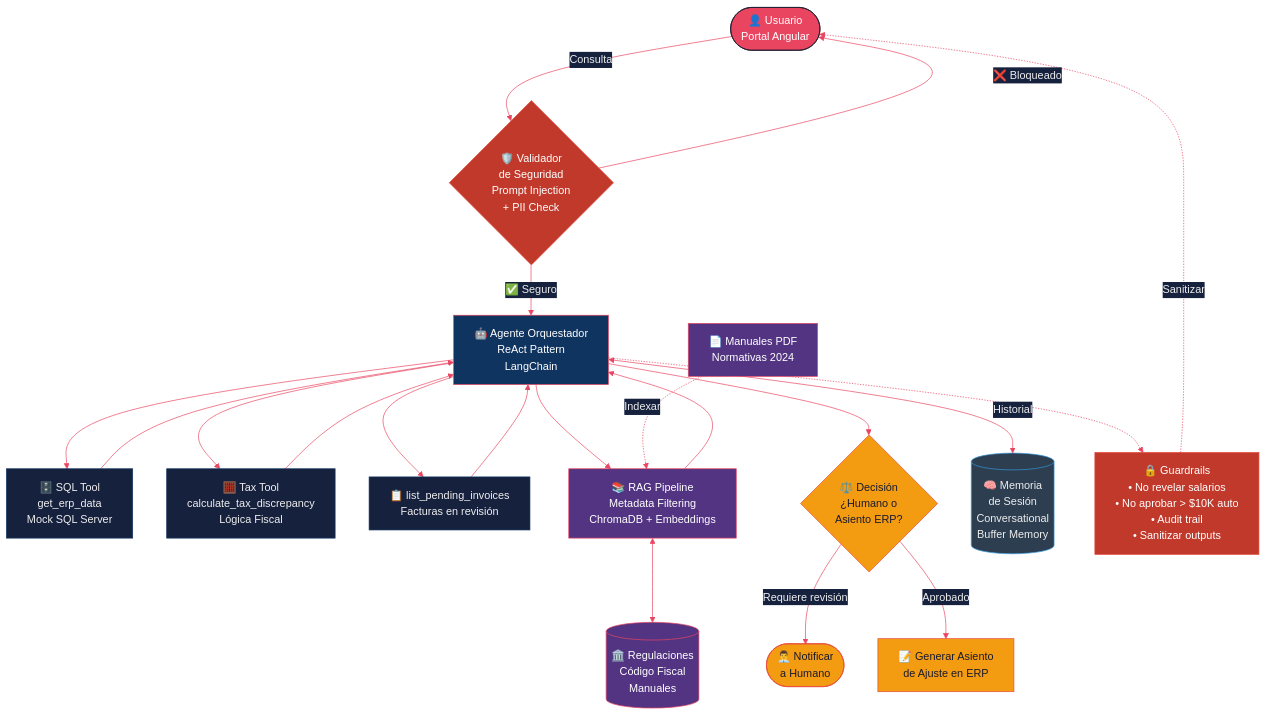
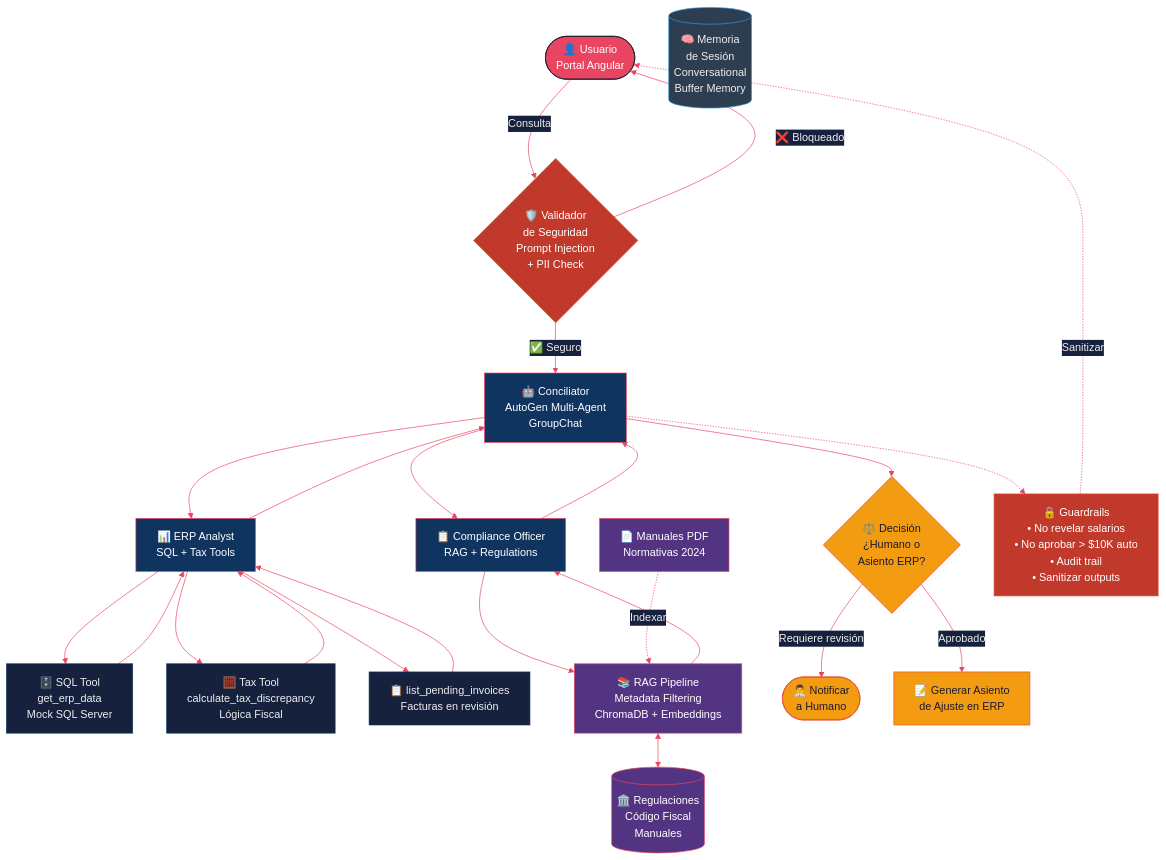
One commit to pxlcrtiv/castor-ai-senior-backend changed the diagram in docs/diagrams/architecture.mmd. Above: the diagram before and after it, drawn with Mermaid. The commit also changed 6 other files, not shown here.

First line of the commit message:
fix: update diagram, deps, and Azure infra to match AutoGen architecture

```diff
--- a/docs/diagrams/architecture.mmd
+++ b/docs/diagrams/architecture.mmd
@@ -1,73 +1,81 @@
 %%{init: {'theme': 'base', 'themeVariables': {'primaryColor': '#1a1a2e', 'primaryTextColor': '#eee', 'primaryBorderColor': '#e94560', 'lineColor': '#e94560', 'secondaryColor': '#16213e', 'tertiaryColor': '#0f3460'}}}%%
 
 flowchart TD
     %% User Layer
     USER([👤 Usuario<br/>Portal Angular])
     VALIDATOR{🛡️ Validador<br/>de Seguridad<br/>Prompt Injection<br/>+ PII Check}
 
     %% Agent Layer
-    ORCHESTRATOR[🤖 Agente Orquestador<br/>ReAct Pattern<br/>LangChain]
+    ORCHESTRATOR[🤖 Conciliator<br/>AutoGen Multi-Agent<br/>GroupChat]
+    ERP_AGENT[📊 ERP Analyst<br/>SQL + Tax Tools]
+    COMPLIANCE[📋 Compliance Officer<br/>RAG + Regulations]
 
     %% Tools Layer
     ERP[🗄️ SQL Tool<br/>get_erp_data<br/>Mock SQL Server]
     TAX[🧮 Tax Tool<br/>calculate_tax_discrepancy<br/>Lógica Fiscal]
     PENDING[📋 list_pending_invoices<br/>Facturas en revisión]
 
     %% RAG Layer
     RAG[📚 RAG Pipeline<br/>Metadata Filtering<br/>ChromaDB + Embeddings]
     PDFS[📄 Manuales PDF<br/>Normativas 2024]
     REGS[(🏛️ Regulaciones<br/>Código Fiscal<br/>Manuales)]
 
     %% Decision Layer
     DECISION{⚖️ Decisión<br/>¿Humano o<br/>Asiento ERP?}
     HUMAN([👨‍💼 Notificar<br/>a Humano])
     ERP_ACTION[📝 Generar Asiento<br/>de Ajuste en ERP]
 
     %% Memory
     MEMORY[(🧠 Memoria<br/>de Sesión<br/>Conversational<br/>Buffer Memory)]
 
     %% Guardrails
     GUARDRAILS[🔒 Guardrails<br/>• No revelar salarios<br/>• No aprobar > $10K auto<br/>• Audit trail<br/>• Sanitizar outputs]
 
     %% Flow
     USER -->|Consulta| VALIDATOR
     VALIDATOR -->|✅ Seguro| ORCHESTRATOR
     VALIDATOR -->|❌ Bloqueado| USER
 
-    ORCHESTRATOR <-->|Historial| MEMORY
-    ORCHESTRATOR --> ERP
-    ORCHESTRATOR --> TAX
-    ORCHESTRATOR --> PENDING
-    ORCHESTRATOR --> RAG
+    ORCHESTRATOR --> ERP_AGENT
+    ORCHESTRATOR --> COMPLIANCE
+
+    ERP_AGENT --> ERP
+    ERP_AGENT --> TAX
+    ERP_AGENT --> PENDING
+
+    COMPLIANCE --> RAG
 
     RAG <--> REGS
     PDFS -.->|Indexar| RAG
 
-    ERP --> ORCHESTRATOR
-    TAX --> ORCHESTRATOR
-    PENDING --> ORCHESTRATOR
-    RAG --> ORCHESTRATOR
+    ERP --> ERP_AGENT
+    TAX --> ERP_AGENT
+    PENDING --> ERP_AGENT
+    RAG --> COMPLIANCE
+
+    ERP_AGENT --> ORCHESTRATOR
+    COMPLIANCE --> ORCHESTRATOR
 
     ORCHESTRATOR --> DECISION
     DECISION -->|Requiere revisión| HUMAN
     DECISION -->|Aprobado| ERP_ACTION
 
     ORCHESTRATOR -.-> GUARDRAILS
     GUARDRAILS -.->|Sanitizar| USER
 
     %% Styling
     classDef userStyle fill:#e94560,stroke:#1a1a2e,color:#fff
     classDef agentStyle fill:#0f3460,stroke:#e94560,color:#fff
     classDef toolStyle fill:#16213e,stroke:#0f3460,color:#eee
     classDef ragStyle fill:#533483,stroke:#e94560,color:#fff
     classDef decisionStyle fill:#f39c12,stroke:#e74c3c,color:#1a1a2e
     classDef securityStyle fill:#c0392b,stroke:#e74c3c,color:#fff
     classDef memoryStyle fill:#2c3e50,stroke:#3498db,color:#eee
 
     class USER userStyle
-    class ORCHESTRATOR agentStyle
+    class ORCHESTRATOR,ERP_AGENT,COMPLIANCE agentStyle
     class ERP,TAX,PENDING toolStyle
     class RAG,PDFS,REGS ragStyle
     class DECISION,HUMAN,ERP_ACTION decisionStyle
     class VALIDATOR,GUARDRAILS securityStyle
     class MEMORY memoryStyle
```
